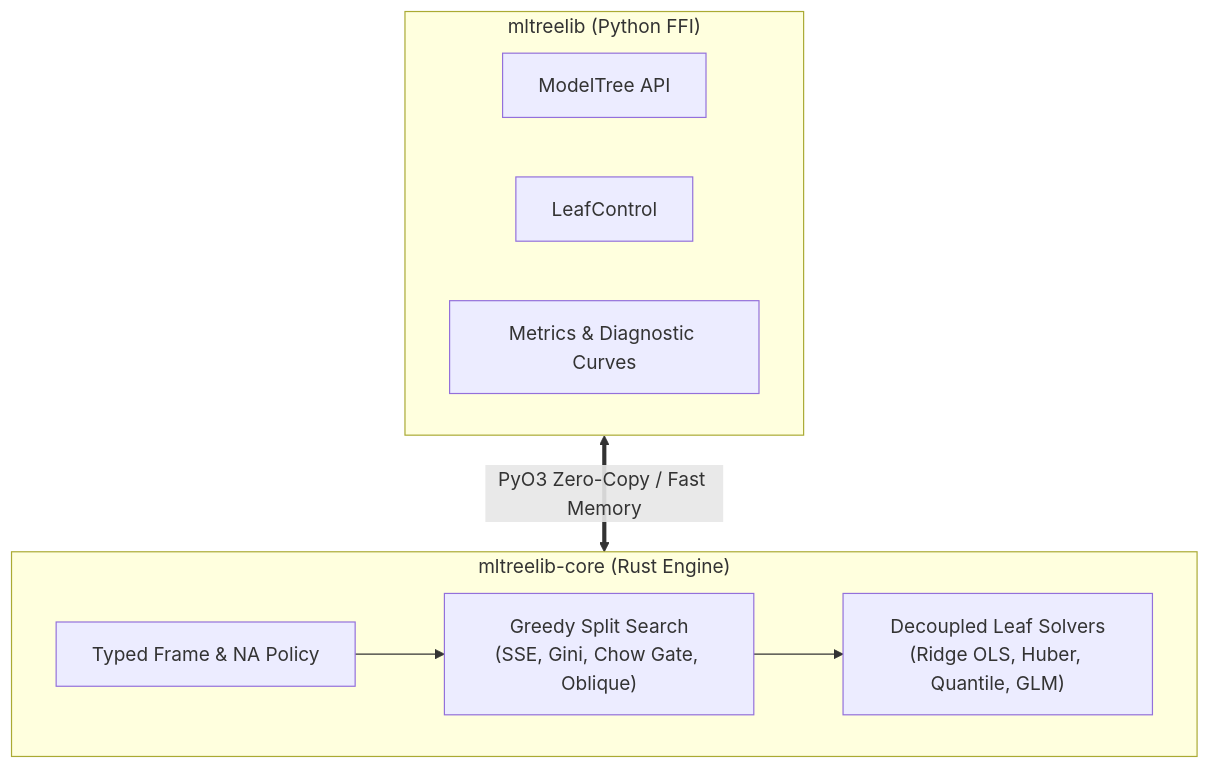
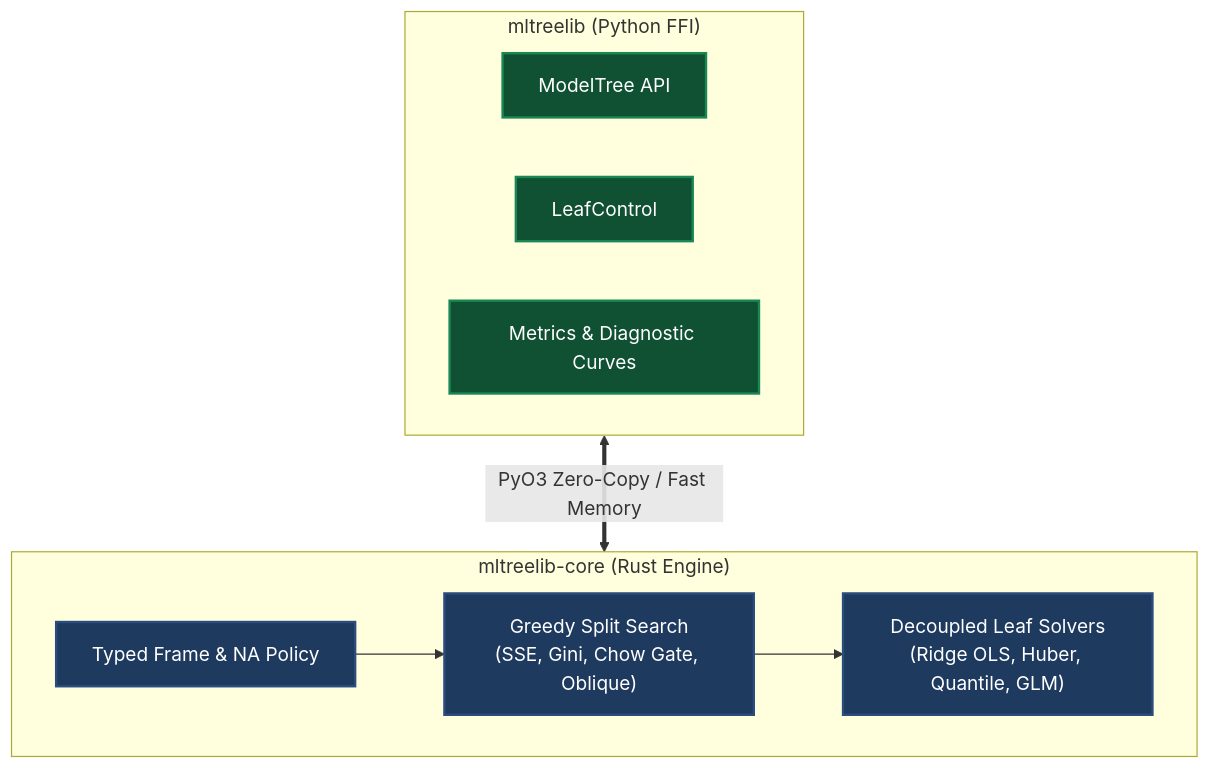
Before and after one commit to jkapila/mltreelib: the diagram in docs/index.md, drawn with Mermaid. The commit also changed 18 other files, not shown here.

Commit message:
docs: add native ModelTree graph, 5-leaf survival profiles, and color palette across all Mermaid diagrams

````diff
--- a/docs/index.md
+++ b/docs/index.md
@@ -26,13 +26,20 @@
 ```mermaid
 flowchart TD
     subgraph RustCore["mltreelib-core (Rust Engine)"]
         direction LR
         Frame["Typed Frame & NA Policy"] --> SplitSearch["Greedy Split Search\n(SSE, Gini, Chow Gate, Oblique)"]
         SplitSearch --> LeafFit["Decoupled Leaf Solvers\n(Ridge OLS, Huber, Quantile, GLM)"]
     end
     subgraph PythonShell["mltreelib (Python FFI)"]
         direction LR
         ModelTree["ModelTree API"] & LeafControl["LeafControl"] & Metrics["Metrics & Diagnostic Curves"]
     end
     PythonShell <==>|"PyO3 Zero-Copy / Fast Memory"| RustCore
+
+    classDef rustBox fill:#1e3a5f,stroke:#2b4c7e,stroke-width:2px,color:#ffffff;
+    classDef pyBox fill:#0f5132,stroke:#198754,stroke-width:2px,color:#ffffff;
+    classDef frameBox fill:#2c3e50,stroke:#34495e,stroke-width:2px,color:#ffffff;
+
+    class Frame,SplitSearch,LeafFit rustBox;
+    class ModelTree,LeafControl,Metrics pyBox;
 ```
````
